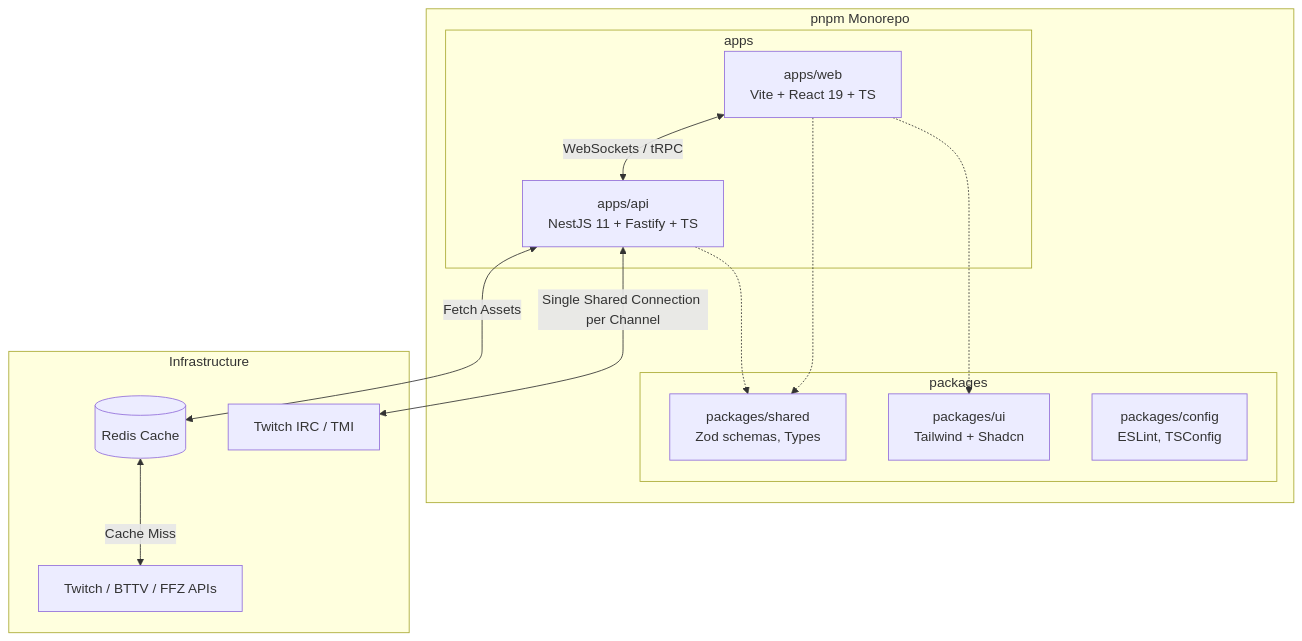
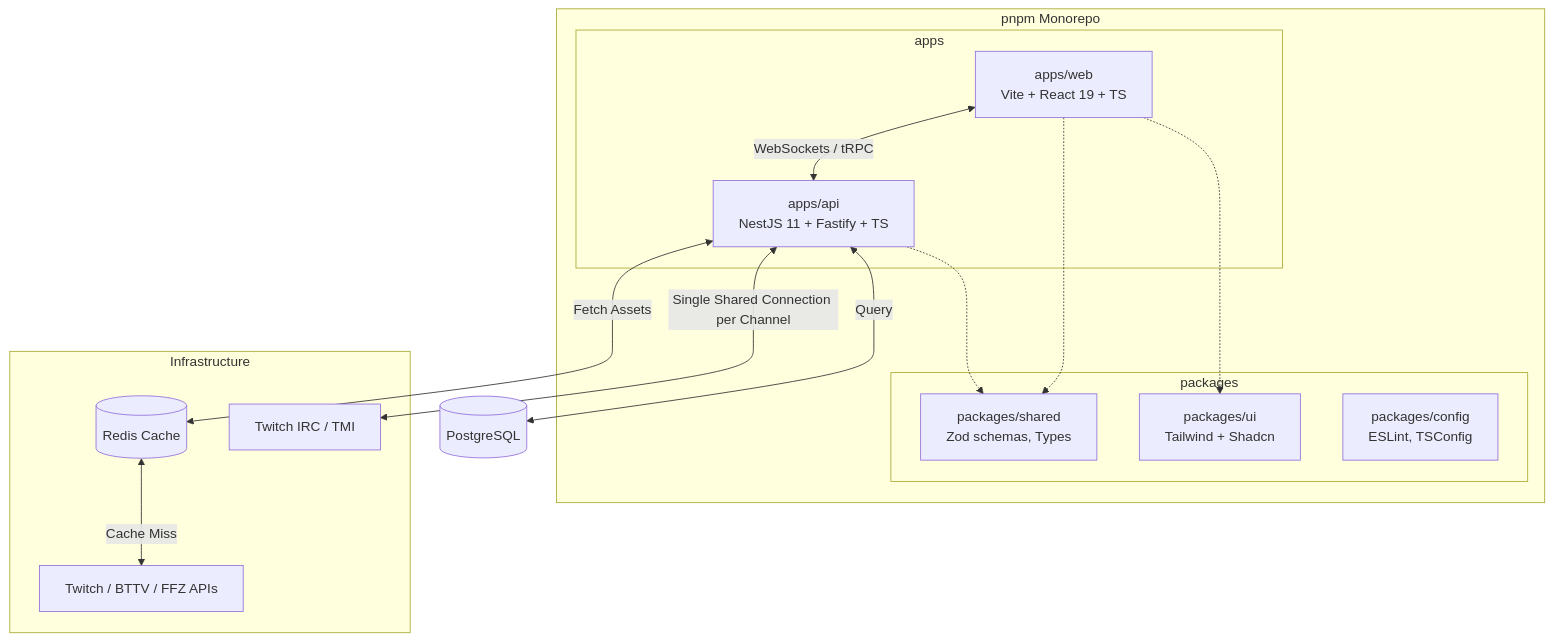
Before and after one commit to christopherldo/twitch-chat-visualizer: the diagram in Refactor_ROADMAP.md, drawn with Mermaid. The commit also changed other lines of this file, not shown here.

First line of the commit message:
docs: update refactoring roadmap with modern stack details

````diff
--- a/Refactor_ROADMAP.md
+++ b/Refactor_ROADMAP.md
@@ -39,29 +39,30 @@
 ```mermaid
 graph TD
     subgraph pnpm Monorepo
         subgraph apps
             Web[apps/web<br>Vite + React 19 + TS]
             API[apps/api<br>NestJS 11 + Fastify + TS]
         end
         subgraph packages
             Shared[packages/shared<br>Zod schemas, Types]
             UI[packages/ui<br>Tailwind + Shadcn]
             Config[packages/config<br>ESLint, TSConfig]
         end
     end
 
     subgraph Infrastructure
         Redis[(Redis Cache)]
         TwitchAPI[Twitch / BTTV / FFZ APIs]
         TwitchChat[Twitch IRC / TMI]
     end
 
     Web <-->|WebSockets / tRPC| API
     API <-->|Fetch Assets| Redis
+    API <-->|Query| Database[(PostgreSQL)]
     Redis <-->|Cache Miss| TwitchAPI
     API <-->|Single Shared Connection per Channel| TwitchChat
     
     Web -.-> Shared
     API -.-> Shared
     Web -.-> UI
 ```
````
